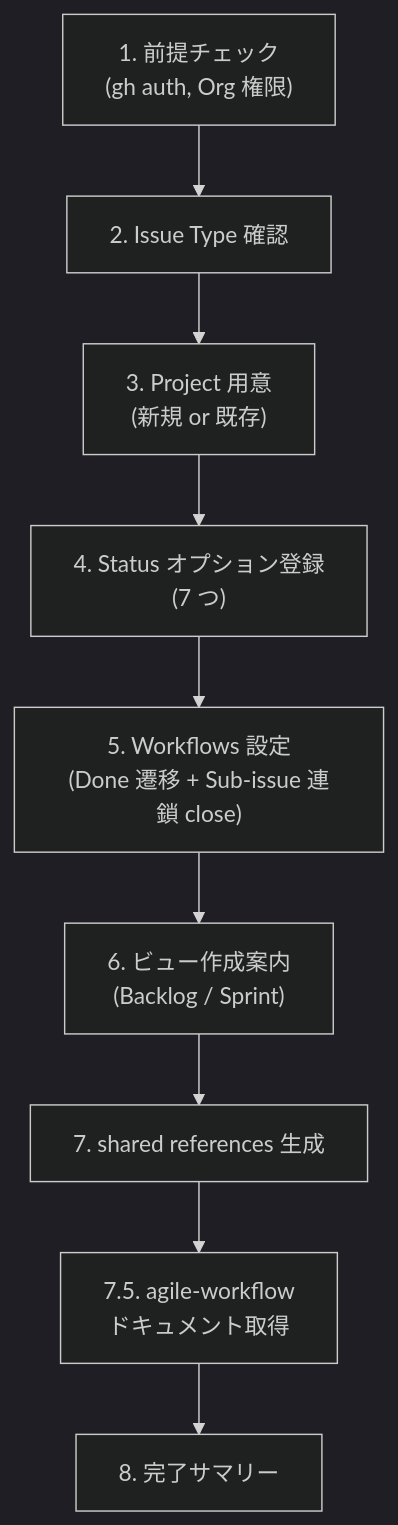
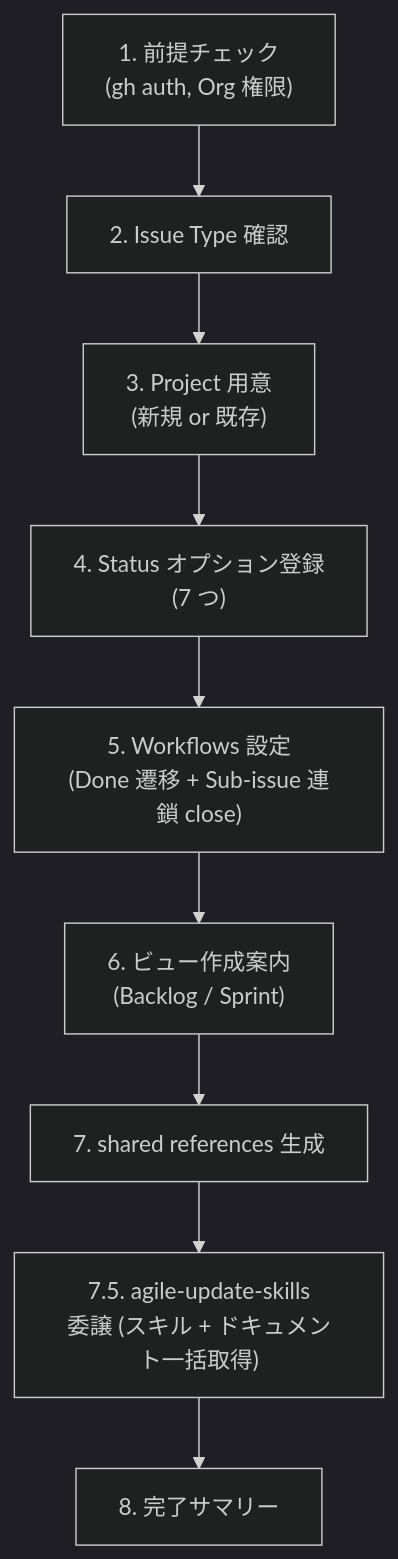
One commit to mrtry-lab/skills changed the diagram in skills/agile-project-setup/SKILL.md. Above: the diagram before and after it, drawn with Mermaid (dark theme). The commit also changed other lines of this file and 4 other files, not shown here.

First line of the commit message:
feat: add agile-update-skills for bulk skill + docs refresh

````diff
--- a/skills/agile-project-setup/SKILL.md
+++ b/skills/agile-project-setup/SKILL.md
@@ -30,14 +30,14 @@
 ```mermaid
 flowchart TB
   pre["1. 前提チェック\n(gh auth, Org 権限)"]
   it["2. Issue Type 確認"]
   proj["3. Project 用意\n(新規 or 既存)"]
   status["4. Status オプション登録\n(7 つ)"]
   done["5. Workflows 設定\n(Done 遷移 + Sub-issue 連鎖 close)"]
   views["6. ビュー作成案内\n(Backlog / Sprint)"]
   refs["7. shared references 生成"]
-  docs["7.5. agile-workflow\nドキュメント取得"]
+  docs["7.5. agile-update-skills\n委譲 (スキル + ドキュメント一括取得)"]
   summary["8. 完了サマリー"]
 
   pre --> it --> proj --> status --> done --> views --> refs --> docs --> summary
 ```
````
